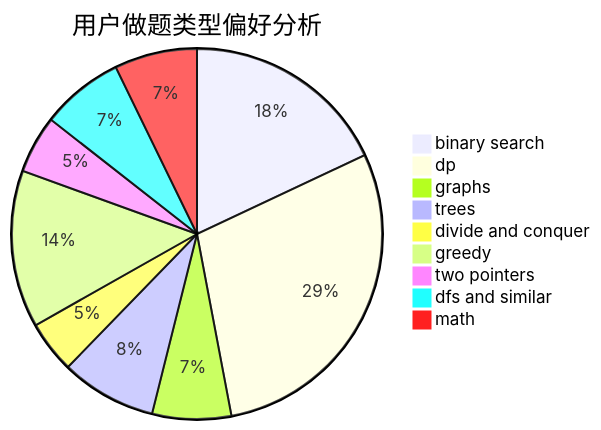
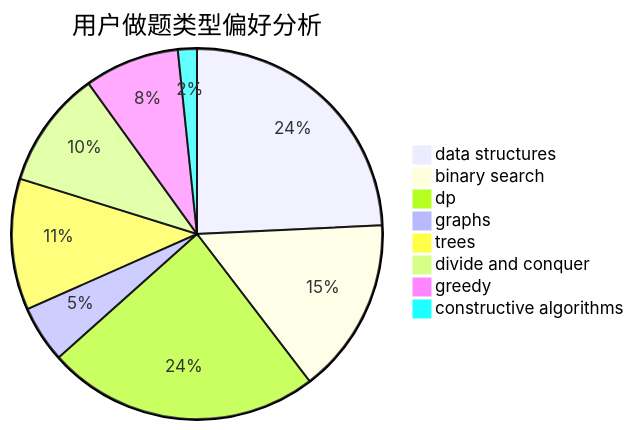
The second of 3 diagrams in docs/user/u442.md (sherpahu/cfrs.github.io), drawn with Mermaid before and after one commit. The commit also changed other lines of this file and 2775 other files, not shown here.

````diff
--- a/docs/user/u442.md
+++ b/docs/user/u442.md
@@ -23,12 +23,11 @@
 ```mermaid
 pie title 用户做题类型偏好分析
-    "binary search" :  332
-    "dp" :  535
-    "graphs" :  127
-    "trees" :  154
-    "divide and conquer" :  84
-    "greedy" :  253
-    "two pointers" :  93
-    "dfs and similar" :  133
-    "math" :  133
+    "data structures" :  161
+    "binary search" :  102
+    "dp" :  158
+    "graphs" :  33
+    "trees" :  76
+    "divide and conquer" :  68
+    "greedy" :  55
+    "constructive algorithms" :  11
 ```
````
